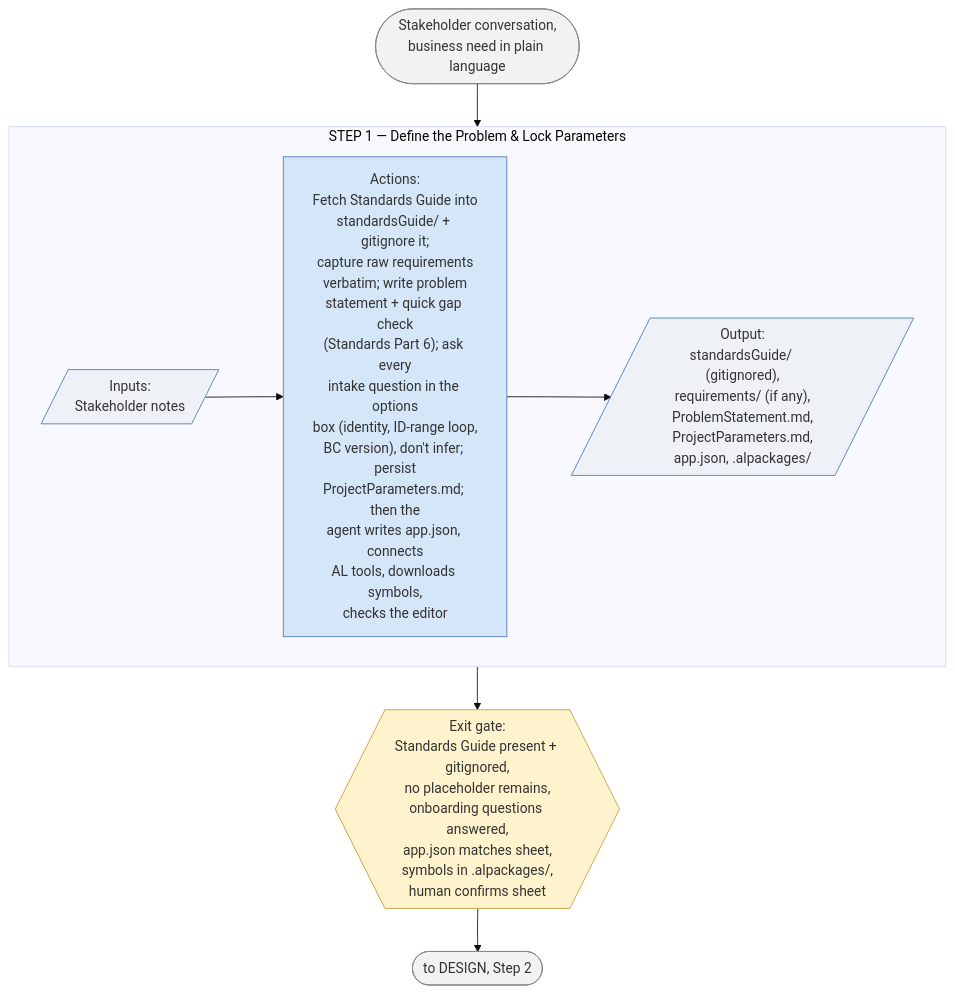
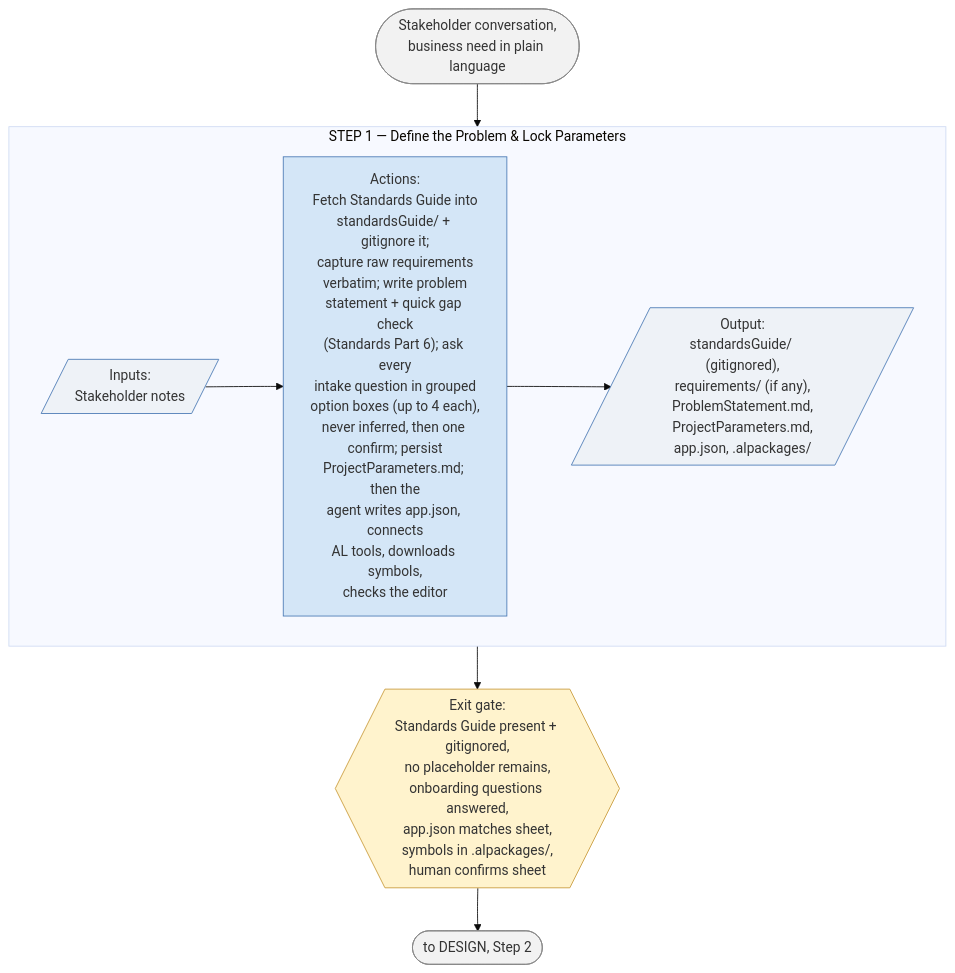
Before and after one commit to ajansari/ocpfBcAgenticDevFramework: the third of 7 diagrams in liteVersion/LITE_RunbookSchematics.md, drawn with Mermaid (base theme). The commit also changed other lines of this file and 16 other files, not shown here.

First line of the commit message:
Runbooks v2.13.0.0 / Lite v1.10.0.0, Standards v1.6.0.0, ocpf-bc 1.5.0: grouped intake boxes, no Standards restatement

````diff
--- a/liteVersion/LITE_RunbookSchematics.md
+++ b/liteVersion/LITE_RunbookSchematics.md
@@ -116,21 +116,21 @@
 ```mermaid
 flowchart TD
     Start(["Stakeholder conversation,<br/>business need in plain language"]) --> S1
 
     subgraph S1["STEP 1 — Define the Problem & Lock Parameters"]
         direction LR
-        In1[/"Inputs:<br/>Stakeholder notes"/] --> Act1["Actions:<br/>Fetch Standards Guide into<br/>standardsGuide/ + gitignore it;<br/>capture raw requirements<br/>verbatim; write problem<br/>statement + quick gap check<br/>(Standards Part 6); ask every<br/>intake question in the options<br/>box (identity, ID-range loop,<br/>BC version), don't infer; persist<br/>ProjectParameters.md; then the<br/>agent writes app.json, connects<br/>AL tools, downloads symbols,<br/>checks the editor"] --> Out1[/"Output:<br/>standardsGuide/ (gitignored),<br/>requirements/ (if any),<br/>ProblemStatement.md,<br/>ProjectParameters.md,<br/>app.json, .alpackages/"/]
+        In1[/"Inputs:<br/>Stakeholder notes"/] --> Act1["Actions:<br/>Fetch Standards Guide into<br/>standardsGuide/ + gitignore it;<br/>capture raw requirements<br/>verbatim; write problem<br/>statement + quick gap check<br/>(Standards Part 6); ask every<br/>intake question in grouped<br/>option boxes (up to 4 each),<br/>never inferred, then one confirm; persist<br/>ProjectParameters.md; then the<br/>agent writes app.json, connects<br/>AL tools, downloads symbols,<br/>checks the editor"] --> Out1[/"Output:<br/>standardsGuide/ (gitignored),<br/>requirements/ (if any),<br/>ProblemStatement.md,<br/>ProjectParameters.md,<br/>app.json, .alpackages/"/]
     end
     S1 --> Gate1{{"Exit gate:<br/>Standards Guide present + gitignored,<br/>no placeholder remains,<br/>onboarding questions answered,<br/>app.json matches sheet,<br/>symbols in .alpackages/,<br/>human confirms sheet"}}
 
     Gate1 --> Next(["to DESIGN, Step 2"])
 
     classDef io fill:#eef2f7,stroke:#4a7ab5,stroke-width:1px;
     classDef act fill:#d4e6f7,stroke:#4a7ab5,stroke-width:1px;
     classDef gate fill:#fff3cd,stroke:#c99a3a,stroke-width:1px;
     classDef endpoint fill:#f2f2f2,stroke:#888,stroke-width:1px;
     class In1,Out1 io;
     class Act1 act;
     class Gate1 gate;
     class Start,Next endpoint;
 ```
````
